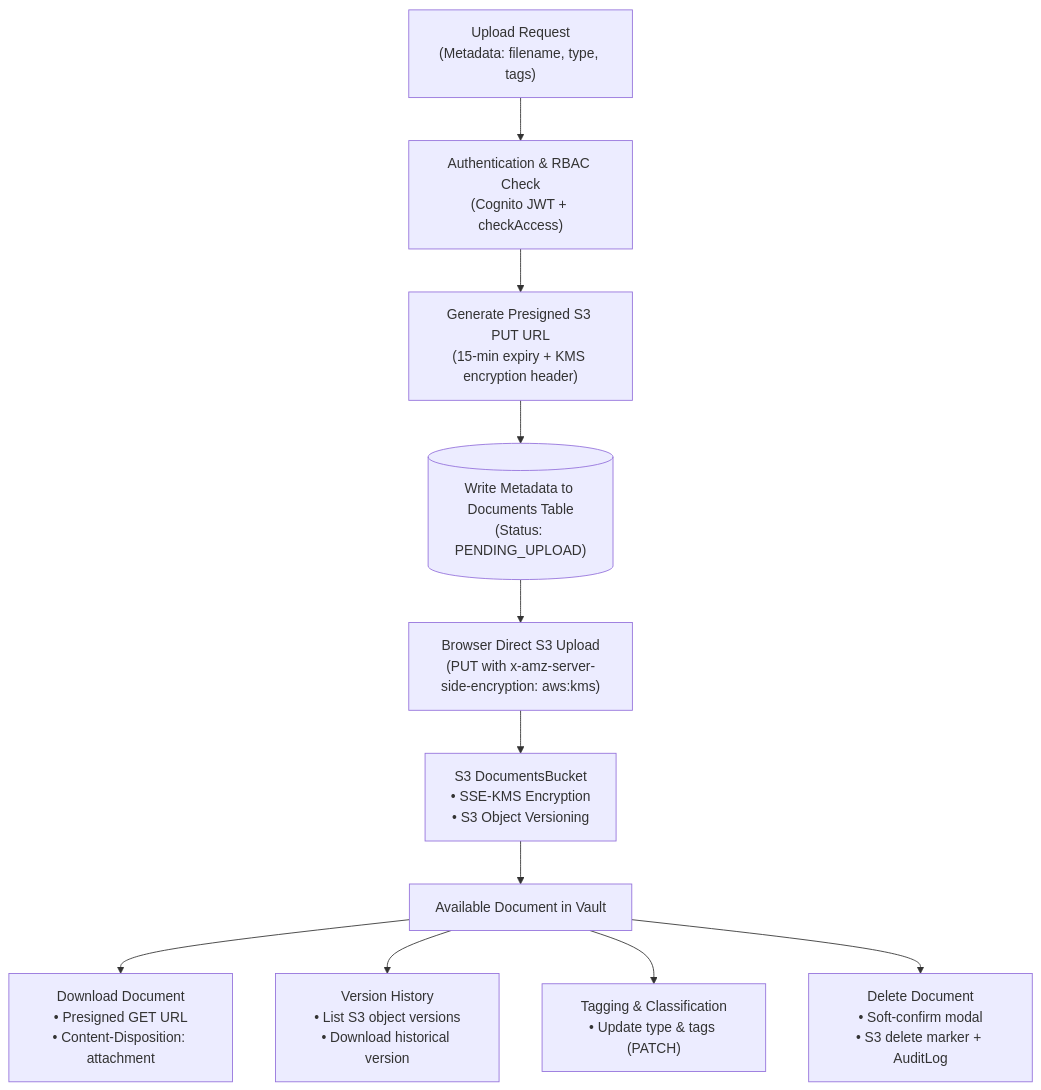
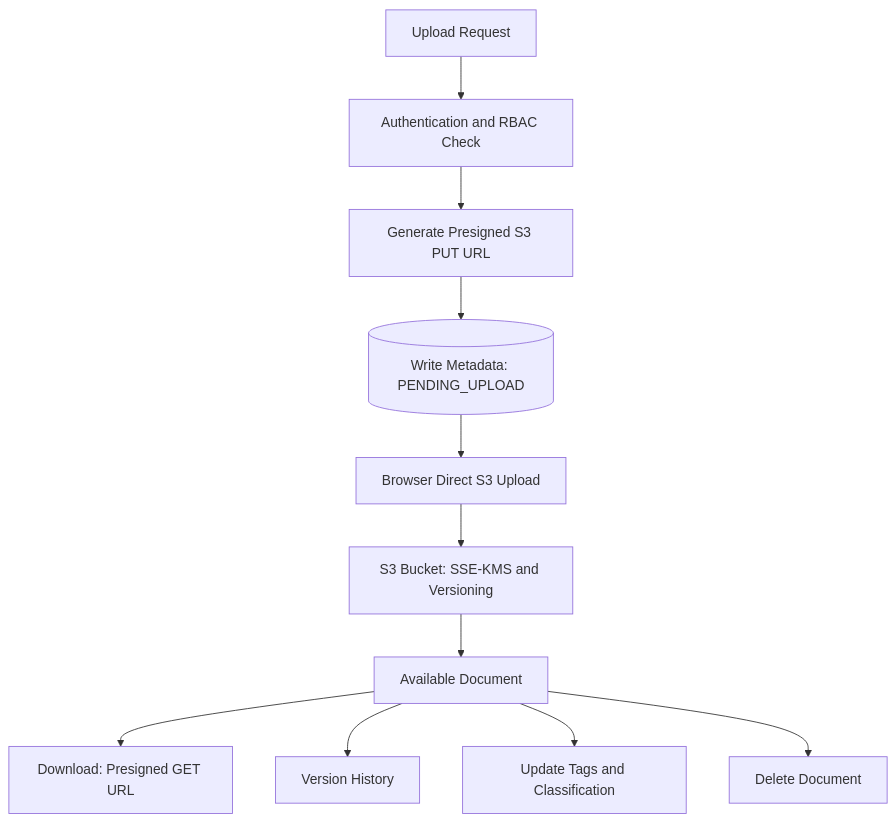
The fourth of 4 diagrams in README.md (parthchoutapelly/employee-document-vault), drawn with Mermaid before and after one commit. The commit also changed other lines of this file, not shown here.

Commit message:
Fix GitHub Mermaid diagrams

````diff
--- a/README.md
+++ b/README.md
@@ -202,14 +196,14 @@
 ```mermaid
 flowchart TD
-    Req["Upload Request<br/>(Metadata: filename, type, tags)"] --> AuthCheck["Authentication & RBAC Check<br/>(Cognito JWT + checkAccess)"]
-    AuthCheck --> PresignedGen["Generate Presigned S3 PUT URL<br/>(15-min expiry + KMS encryption header)"]
-    PresignedGen --> MetaPending[("Write Metadata to Documents Table<br/>(Status: PENDING_UPLOAD)")]
-    MetaPending --> BrowserUpload["Browser Direct S3 Upload<br/>(PUT with x-amz-server-side-encryption: aws:kms)"]
-    BrowserUpload --> S3Storage["S3 DocumentsBucket<br/>• SSE-KMS Encryption<br/>• S3 Object Versioning"]
-    S3Storage --> AvailDoc["Available Document in Vault"]
+    UploadReq[Upload Request] --> AuthCheck[Authentication and RBAC Check]
+    AuthCheck --> Presigned[Generate Presigned S3 PUT URL]
+    Presigned --> MetaPending[(Write Metadata: PENDING_UPLOAD)]
+    MetaPending --> DirectUpload[Browser Direct S3 Upload]
+    DirectUpload --> EncryptedStore[S3 Bucket: SSE-KMS and Versioning]
+    EncryptedStore --> AvailableDoc[Available Document]
 
-    AvailDoc --> ActionDownload["Download Document<br/>• Presigned GET URL<br/>• Content-Disposition: attachment"]
-    AvailDoc --> ActionVersion["Version History<br/>• List S3 object versions<br/>• Download historical version"]
-    AvailDoc --> ActionTags["Tagging & Classification<br/>• Update type & tags (PATCH)"]
-    AvailDoc --> ActionDelete["Delete Document<br/>• Soft-confirm modal<br/>• S3 delete marker + AuditLog"]
+    AvailableDoc --> Download[Download: Presigned GET URL]
+    AvailableDoc --> VersionHist[Version History]
+    AvailableDoc --> Tags[Update Tags and Classification]
+    AvailableDoc --> SoftDelete[Delete Document]
 ```
````
